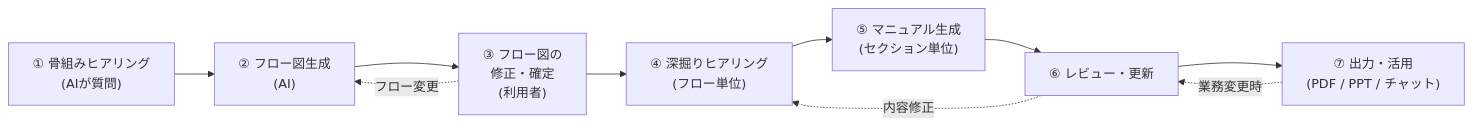
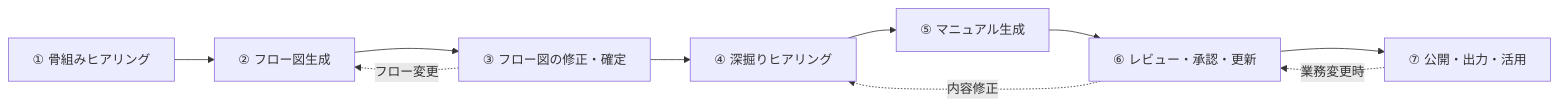
The second of 2 diagrams in docs/要件定義書.md (Tomo0108/RakuManual), drawn with Mermaid before and after one commit. The commit also changed other lines of this file and 2 other files, not shown here.

````diff
--- a/docs/要件定義書.md
+++ b/docs/要件定義書.md
@@ -120,12 +154,12 @@
 ```mermaid
 graph LR
-    S1["① 骨組みヒアリング<br/>(AIが質問)"] --> S2["② フロー図生成<br/>(AI)"]
-    S2 --> S3["③ フロー図の<br/>修正・確定<br/>(利用者)"]
-    S3 --> S4["④ 深掘りヒアリング<br/>(フロー単位)"]
-    S4 --> S5["⑤ マニュアル生成<br/>(セクション単位)"]
-    S5 --> S6["⑥ レビュー・更新"]
-    S6 --> S7["⑦ 出力・活用<br/>(PDF / PPT / チャット)"]
+    S1["① 骨組みヒアリング"] --> S2["② フロー図生成"]
+    S2 --> S3["③ フロー図の修正・確定"]
+    S3 --> S4["④ 深掘りヒアリング"]
+    S4 --> S5["⑤ マニュアル生成"]
+    S5 --> S6["⑥ レビュー・承認・更新"]
+    S6 --> S7["⑦ 公開・出力・活用"]
     S3 -.フロー変更.-> S2
     S6 -.内容修正.-> S4
     S7 -.業務変更時.-> S6
 ```
````
